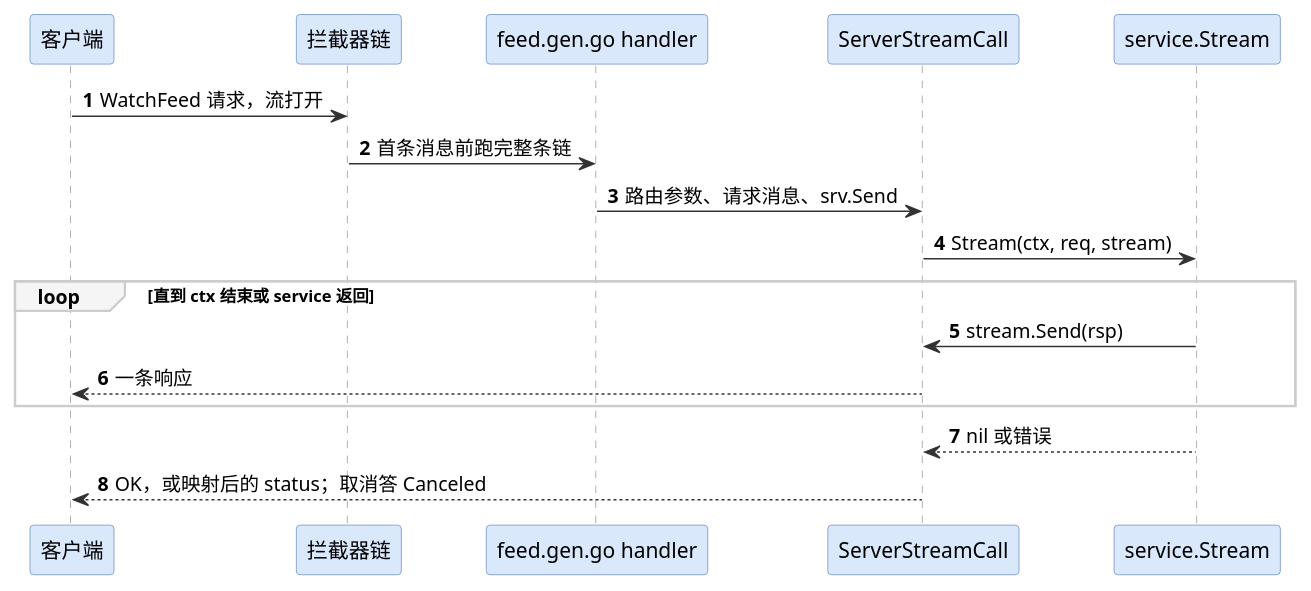
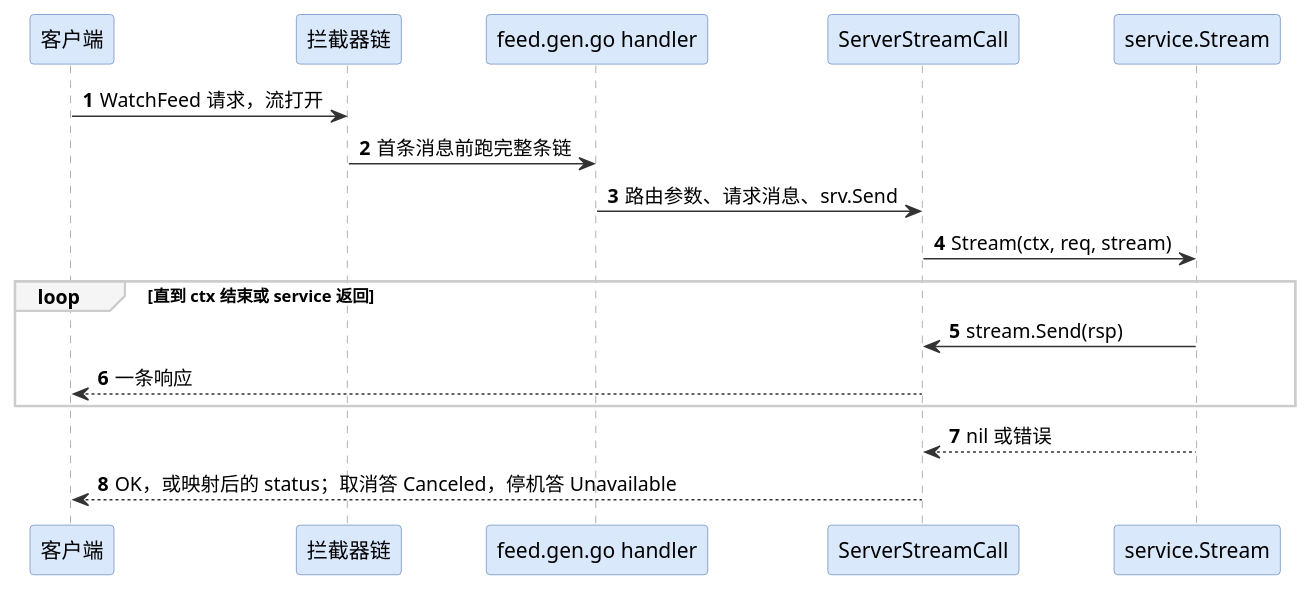
One commit to hydroan/gst changed the third of 3 diagrams in TRANSPORTS.md. Above: the diagram before and after it, drawn with PlantUML. The commit also changed other lines of this file and 3 other files, not shown here.

````diff
--- a/TRANSPORTS.md
+++ b/TRANSPORTS.md
@@ -203,32 +203,32 @@
 ```plantuml
 @startuml
 autonumber
 skinparam participant {
   BackgroundColor #dae8fc
   BorderColor #6c8ebf
 }
 skinparam sequence {
   ArrowColor #333333
   LifeLineBorderColor #999999
   GroupBackgroundColor #f5f5f5
   GroupBorderColor #cccccc
 }
 
 participant "客户端" as client
 participant "拦截器链" as chain
 participant "feed.gen.go handler" as handler
 participant "ServerStreamCall" as call
 participant "service.Stream" as svc
 
 client -> chain : WatchFeed 请求，流打开
 chain -> handler : 首条消息前跑完整条链
 handler -> call : 路由参数、请求消息、srv.Send
 call -> svc : Stream(ctx, req, stream)
 loop 直到 ctx 结束或 service 返回
   svc -> call : stream.Send(rsp)
   call --> client : 一条响应
 end
 svc --> call : nil 或错误
-call --> client : OK，或映射后的 status；取消答 Canceled
+call --> client : OK，或映射后的 status；取消答 Canceled，停机答 Unavailable
 @enduml
 ```
````
